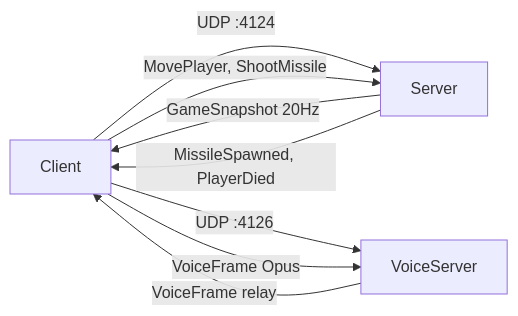
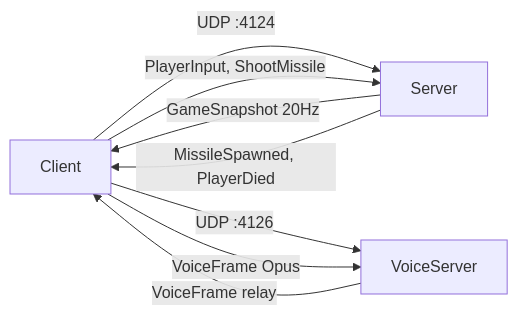
One commit to ChrisG-L/rtype changed the first of 3 diagrams in docs/client/network/index.md. Above: the diagram before and after it, drawn with Mermaid. The commit also changed other lines of this file and 38 other files, not shown here.

````diff
--- a/docs/client/network/index.md
+++ b/docs/client/network/index.md
@@ -7,11 +7,11 @@
 ```mermaid
 graph LR
     A[Client] -->|UDP :4124| B[Server]
-    A -->|MovePlayer, ShootMissile| B
+    A -->|PlayerInput, ShootMissile| B
     B -->|GameSnapshot 20Hz| A
     B -->|MissileSpawned, PlayerDied| A
 
     A -->|UDP :4126| C[VoiceServer]
     A -->|VoiceFrame Opus| C
     C -->|VoiceFrame relay| A
 ```
````
